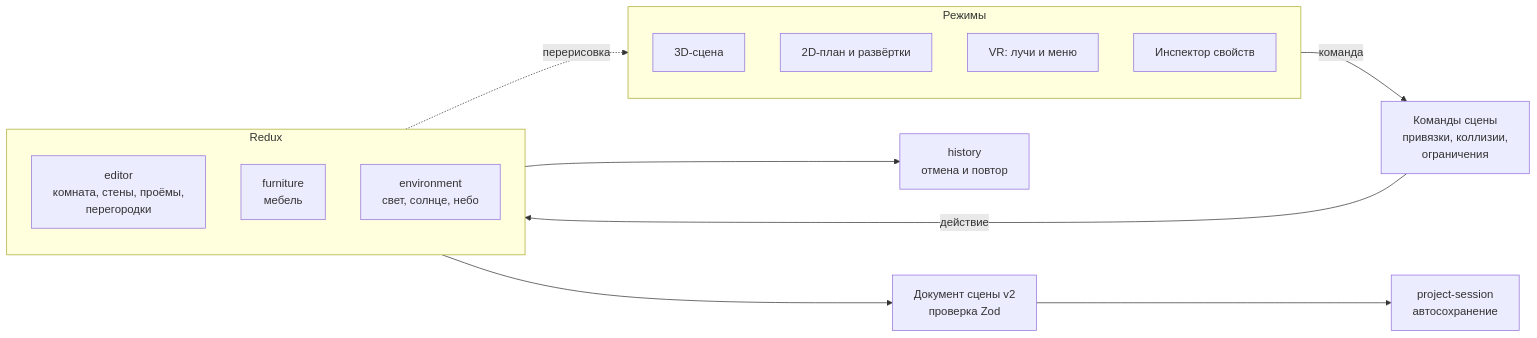
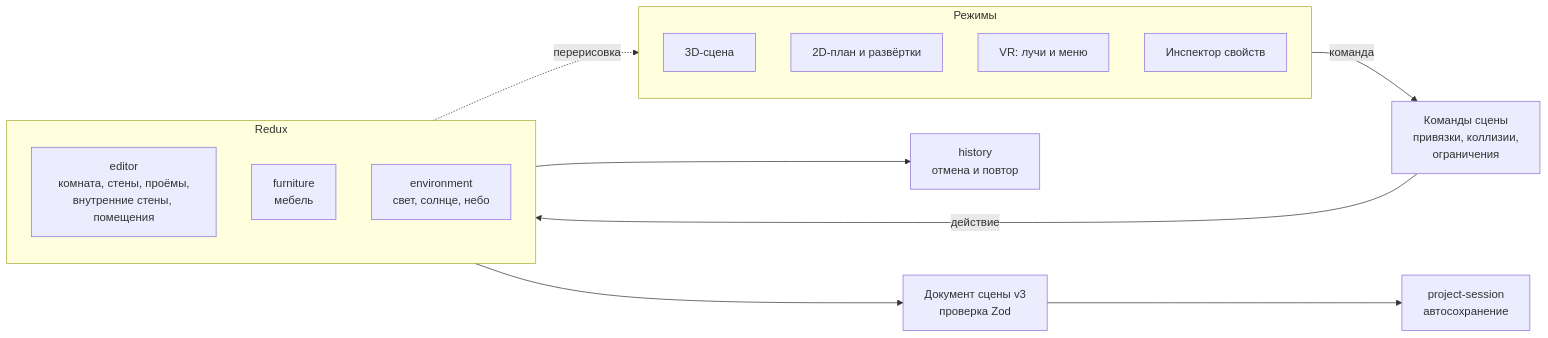
The fourth of 11 diagrams in README.md (execada/VRHomeConstruction), drawn with Mermaid before and after one commit. The commit also changed other lines of this file and 5 other files, not shown here.

````diff
--- a/README.md
+++ b/README.md
@@ -142,28 +150,28 @@
 ```mermaid
 flowchart LR
     subgraph views["Режимы"]
         direction TB
         v3d["3D-сцена"]
         v2d["2D-план и развёртки"]
         vr["VR: лучи и меню"]
         inspector["Инспектор свойств"]
     end
 
     commands["Команды сцены<br/>привязки, коллизии,<br/>ограничения"]
 
     subgraph state["Redux"]
         direction TB
-        editor["editor<br/>комната, стены, проёмы,<br/>перегородки"]
+        editor["editor<br/>комната, стены, проёмы,<br/>внутренние стены, помещения"]
         furniture["furniture<br/>мебель"]
         environment["environment<br/>свет, солнце, небо"]
     end
 
     history["history<br/>отмена и повтор"]
-    doc["Документ сцены v2<br/>проверка Zod"]
+    doc["Документ сцены v3<br/>проверка Zod"]
     session["project-session<br/>автосохранение"]
 
     views -->|"команда"| commands -->|"действие"| state
     state -.->|"перерисовка"| views
     state --> history
     state --> doc --> session
 ```
````
